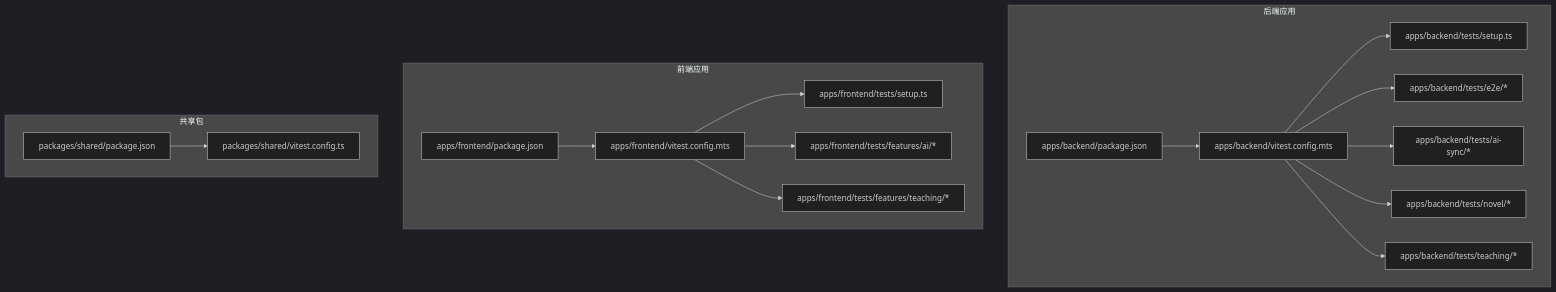
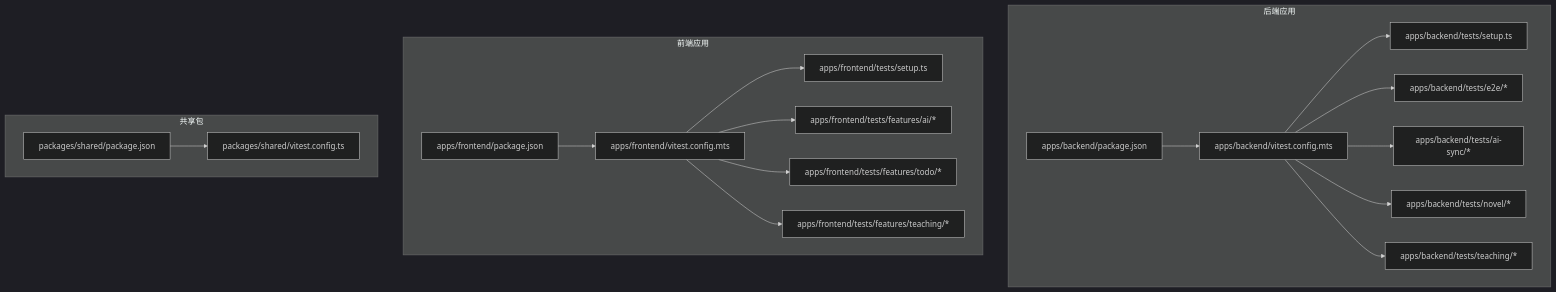
One commit to xixixiaoyu/Todo changed the first of 11 diagrams in .qoder/repowiki/zh/content/开发指南/测试策略与实践.md. Above: the diagram before and after it, drawn with Mermaid (dark theme). The commit also changed other lines of this file and 5 other files, not shown here.

````diff
--- a/.qoder/repowiki/zh/content/开发指南/测试策略与实践.md
+++ b/.qoder/repowiki/zh/content/开发指南/测试策略与实践.md
@@ -62,34 +68,36 @@
 ```mermaid
 graph TB
 subgraph "后端应用"
 BE_PKG["apps/backend/package.json"]
 BE_VITEST["apps/backend/vitest.config.mts"]
 BE_SETUP["apps/backend/tests/setup.ts"]
 BE_E2E["apps/backend/tests/e2e/*"]
 BE_AI_SYNC["apps/backend/tests/ai-sync/*"]
 BE_NOVEL["apps/backend/tests/novel/*"]
 BE_TEACHING["apps/backend/tests/teaching/*"]
 end
 subgraph "前端应用"
 FE_PKG["apps/frontend/package.json"]
 FE_VITEST["apps/frontend/vitest.config.mts"]
 FE_SETUP["apps/frontend/tests/setup.ts"]
 FE_AI["apps/frontend/tests/features/ai/*"]
+FE_TODO["apps/frontend/tests/features/todo/*"]
 FE_TEACHING["apps/frontend/tests/features/teaching/*"]
 end
 subgraph "共享包"
 SH_PKG["packages/shared/package.json"]
 SH_VITEST["packages/shared/vitest.config.ts"]
 end
 BE_PKG --> BE_VITEST
 BE_VITEST --> BE_SETUP
 BE_VITEST --> BE_E2E
 BE_VITEST --> BE_AI_SYNC
 BE_VITEST --> BE_NOVEL
 BE_VITEST --> BE_TEACHING
 FE_PKG --> FE_VITEST
 FE_VITEST --> FE_SETUP
 FE_VITEST --> FE_AI
+FE_VITEST --> FE_TODO
 FE_VITEST --> FE_TEACHING
 SH_PKG --> SH_VITEST
 ```
````
